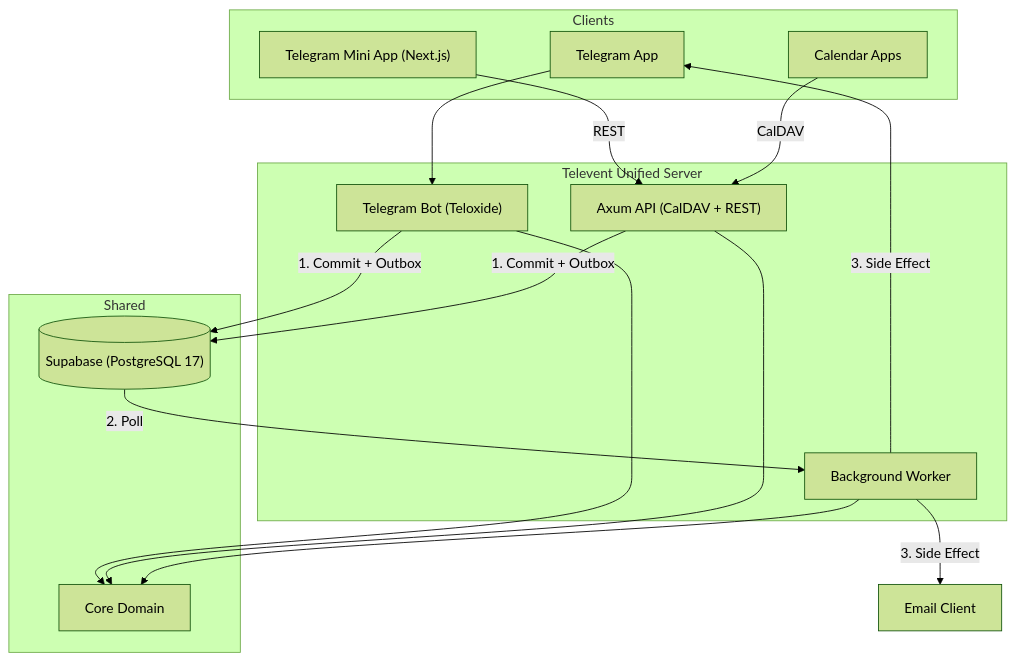
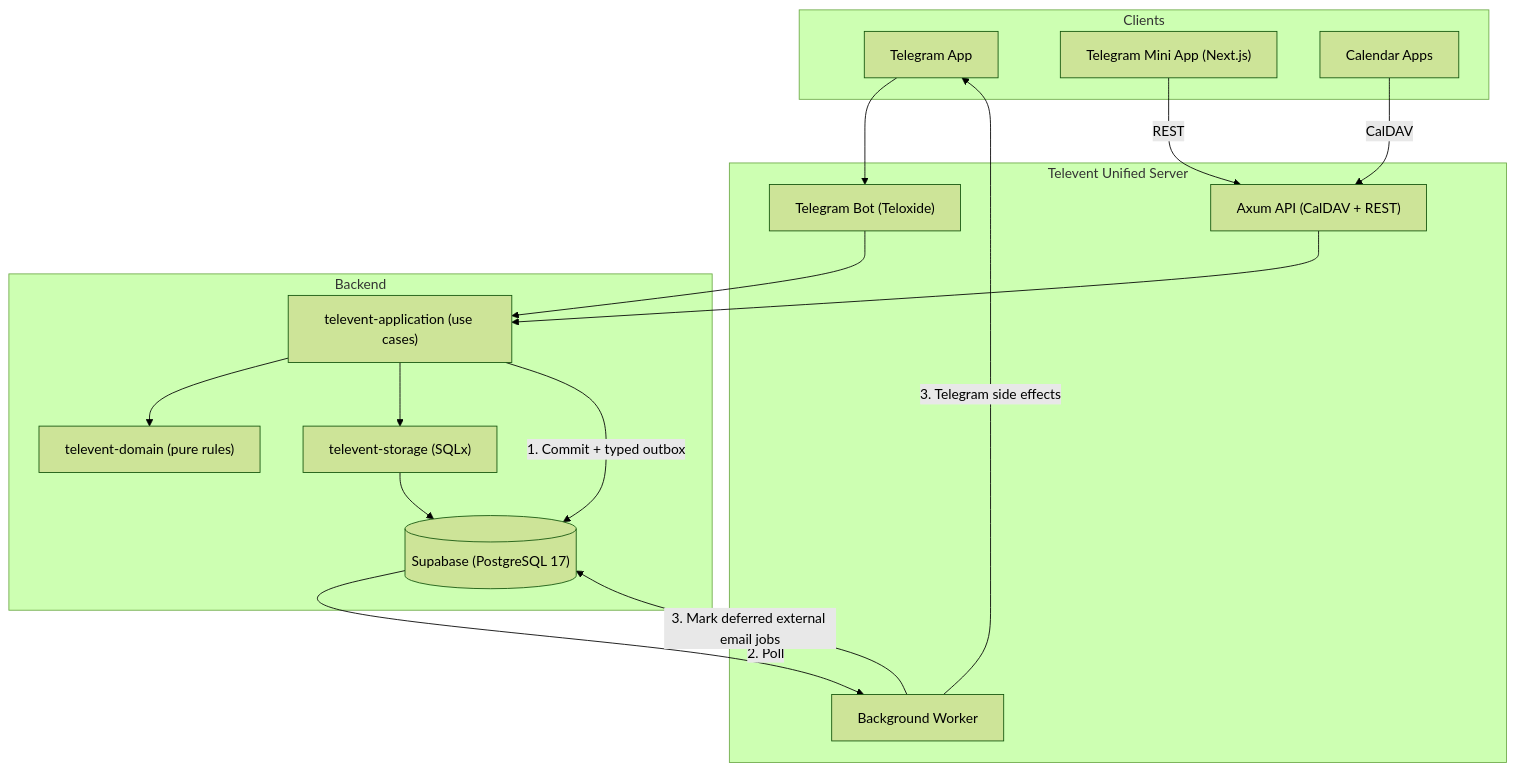
One commit to kirilledition/televent changed the first of 2 diagrams in README.md. Above: the diagram before and after it, drawn with Mermaid (forest theme). The commit also changed other lines of this file and 107 other files, not shown here.

````diff
--- a/README.md
+++ b/README.md
@@ -11,33 +16,36 @@
 ```mermaid
 flowchart TB
     subgraph Clients
         TG["Telegram App"]
         TMA["Telegram Mini App (Next.js)"]
         CAL["Calendar Apps"]
     end
 
     subgraph "Televent Unified Server"
         API["Axum API (CalDAV + REST)"]
         BOT["Telegram Bot (Teloxide)"]
         WORKER["Background Worker"]
     end
 
-    subgraph Shared
-        CORE["Core Domain"]
+    subgraph Backend
+        DOMAIN["televent-domain (pure rules)"]
+        APP["televent-application (use cases)"]
+        STORAGE["televent-storage (SQLx)"]
         DB[("Supabase (PostgreSQL 17)")]
     end
 
     TG --> BOT
     TMA -->|REST| API
     CAL -->|CalDAV| API
-    
-    BOT --> CORE
-    API --> CORE
-    WORKER --> CORE
-    
-    BOT -->|1. Commit + Outbox| DB
-    API -->|1. Commit + Outbox| DB
+
+    BOT --> APP
+    API --> APP
+    APP --> DOMAIN
+    APP --> STORAGE
+    STORAGE --> DB
+
+    APP -->|1. Commit + typed outbox| DB
     DB -->|2. Poll| WORKER
-    WORKER -->|3. Side Effect| TG
-    WORKER -->|3. Side Effect| EMAIL["Email Client"]
+    WORKER -->|3. Telegram side effects| TG
+    WORKER -->|3. Mark deferred external email jobs| DB
 ```
````
